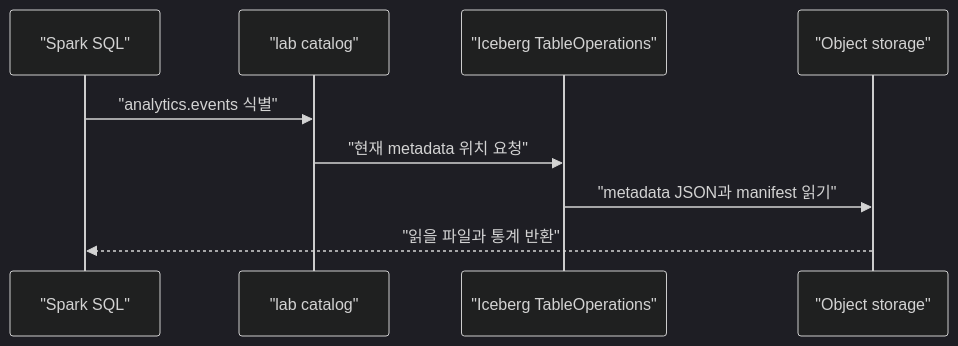
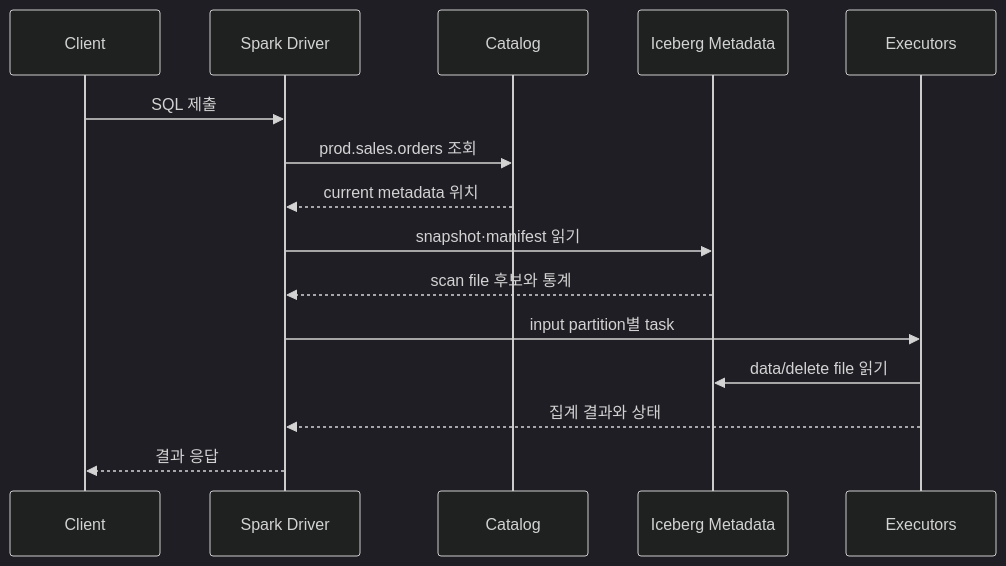
The first of 2 diagrams in learning/apache-spark/09-iceberg-integration.md (mj006648/netai-devsecops-runbook), drawn with Mermaid (dark theme) before and after one commit. The commit also changed other lines of this file and 68 other files, not shown here.

````diff
--- a/learning/apache-spark/09-iceberg-integration.md
+++ b/learning/apache-spark/09-iceberg-integration.md
@@ -102,11 +75,17 @@
-```mermaid
+~~~mermaid
 sequenceDiagram
-    participant Q as "Spark SQL"
-    participant C as "lab catalog"
-    participant T as "Iceberg TableOperations"
-    participant O as "Object storage"
-    Q->>C: "analytics.events 식별"
-    C->>T: "현재 metadata 위치 요청"
-    T->>O: "metadata JSON과 manifest 읽기"
-    O-->>Q: "읽을 파일과 통계 반환"
-```
+    participant U as Client
+    participant D as Spark Driver
+    participant C as Catalog
+    participant M as Iceberg Metadata
+    participant E as Executors
+    U->>D: SQL 제출
+    D->>C: prod.sales.orders 조회
+    C-->>D: current metadata 위치
+    D->>M: snapshot·manifest 읽기
+    M-->>D: scan file 후보와 통계
+    D->>E: input partition별 task
+    E->>M: data/delete file 읽기
+    E-->>D: 집계 결과와 상태
+    D-->>U: 결과 응답
+~~~
````
